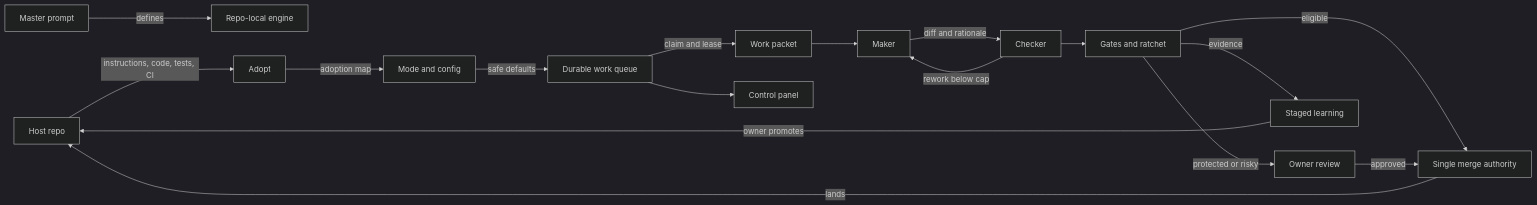
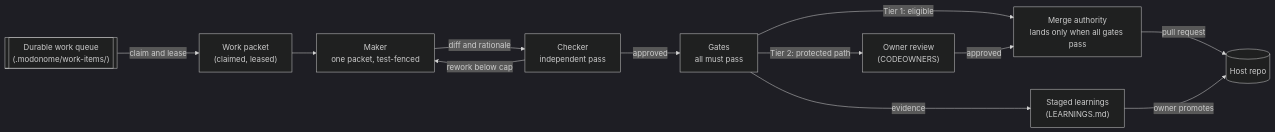
Before and after one commit to enumind/modonome: the first of 4 diagrams in ARCHITECTURE.md, drawn with Mermaid (dark theme). The commit also changed other lines of this file and 8 other files, not shown here.

First line of the commit message:
docs: rewrite ARCHITECTURE.md diagrams and file ADR-006 through ADR-013

````diff
--- a/ARCHITECTURE.md
+++ b/ARCHITECTURE.md
@@ -24,19 +27,24 @@
 ```mermaid
 flowchart LR
-  prompt[Master prompt] -->|defines| engine[Repo-local engine]
-  repo[Host repo] -->|instructions, code, tests, CI| adopt[Adopt]
-  adopt -->|adoption map| mode[Mode and config]
-  mode -->|safe defaults| queue[Durable work queue]
-  queue -->|claim and lease| packet[Work packet]
-  packet --> maker[Maker]
-  maker -->|diff and rationale| checker[Checker]
+  queue[["Durable work queue\n(.modonome/work-items/)"]]
+  packet["Work packet\n(claimed, leased)"]
+  maker["Maker\none packet, test-fenced"]
+  checker["Checker\nindependent pass"]
+  gates["Gates\nall must pass"]
+  owner["Owner review\n(CODEOWNERS)"]
+  merge["Merge authority\nlands only when all gates pass"]
+  repo[("Host repo")]
+  learn["Staged learnings\n(LEARNINGS.md)"]
+
+  queue -->|claim and lease| packet
+  packet --> maker
+  maker -->|diff and rationale| checker
   checker -->|rework below cap| maker
-  checker --> gates[Gates and ratchet]
-  gates -->|protected or risky| owner[Owner review]
-  gates -->|eligible| merge[Single merge authority]
+  checker -->|approved| gates
+  gates -->|Tier 2: protected path| owner
+  gates -->|Tier 1: eligible| merge
   owner -->|approved| merge
-  merge -->|lands| repo
-  gates -->|evidence| learn[Staged learning]
+  merge -->|pull request| repo
+  gates -->|evidence| learn
   learn -->|owner promotes| repo
-  queue --> panel[Control panel]
 ```
````
